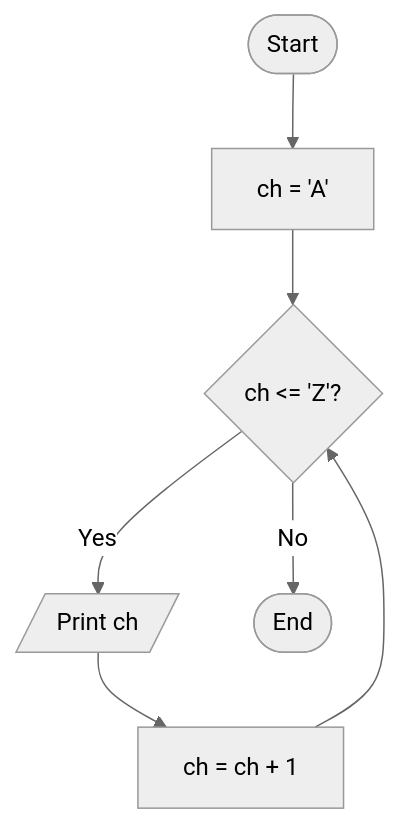
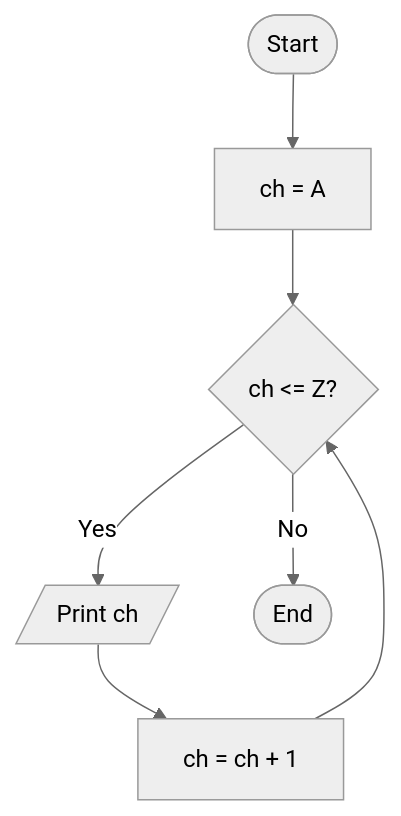
One commit to Marjuk06/HSC-C-Programing changed diagram 27 of 41 in C_Programming_Exam_Answers.md. Above: the diagram before and after it, drawn with Mermaid (neutral theme). The commit also changed other lines of this file, not shown here.

````diff
--- a/C_Programming_Exam_Answers.md
+++ b/C_Programming_Exam_Answers.md
@@ -1572,9 +1469,9 @@
 ```mermaid
 flowchart TD
-    A([Start]) --> B["ch = 'A'"]
-    B --> C{"ch <= 'Z'?"}
+    A([Start]) --> B["ch = A"]
+    B --> C{"ch <= Z?"}
     C -- Yes --> D[/"Print ch"/]
     D --> E["ch = ch + 1"]
     E --> C
     C -- No --> F([End])
 ```
````
